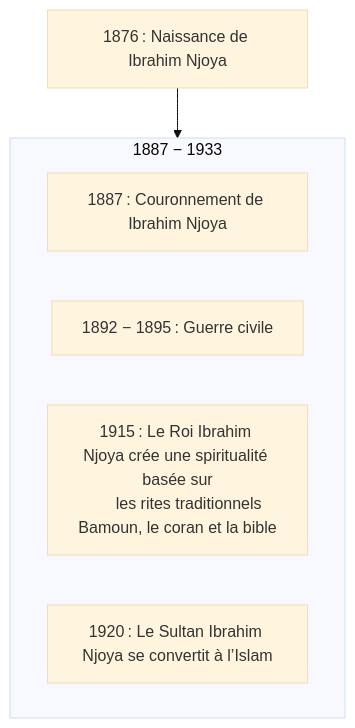
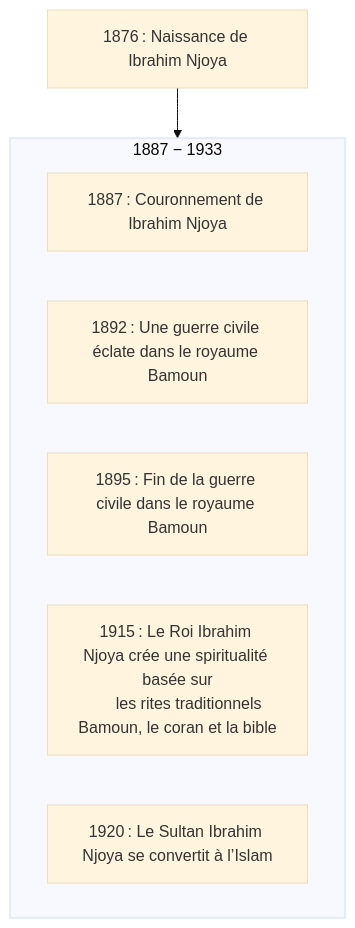
The diagram in en-cours/personnalite/homme/noble/souverain/roi/afrique/centre/bamoun/ibrahim-njoya.md (ba-moun/Ba-Moun-Save), drawn with Mermaid (base theme) before and after one commit. The commit also changed other lines of this file, not shown here.

Commit message:
docs: update en-cours/personnalite/homme/noble/souverain/roi/afrique/centre/bamoun/ibrahim-njoya

````diff
--- a/en-cours/personnalite/homme/noble/souverain/roi/afrique/centre/bamoun/ibrahim-njoya.md
+++ b/en-cours/personnalite/homme/noble/souverain/roi/afrique/centre/bamoun/ibrahim-njoya.md
@@ -27,19 +27,20 @@
 ```mermaid
 flowchart TB
 
    birth["1876 : Naissance de Ibrahim Njoya"]
    
    subgraph reign["1887 − 1933"]
       coronation["1887 : Couronnement de Ibrahim Njoya"]
       
-      civilWar["1892 − 1895 : Guerre civile"]
+      civilWarBegining["1892 : Une guerre civile éclate dans le royaume Bamoun"]
+      civilWarEnd["1895 : Fin de la guerre civile dans le royaume Bamoun"]
       
       spirituality["1915 : Le Roi Ibrahim Njoya crée une spiritualité basée sur
       les rites traditionnels Bamoun, le coran et la bible"]
       
       conversion["1920 : Le Sultan Ibrahim Njoya se convertit à l’Islam"]
    end
    
    birth --> reign
    
 ```
````
